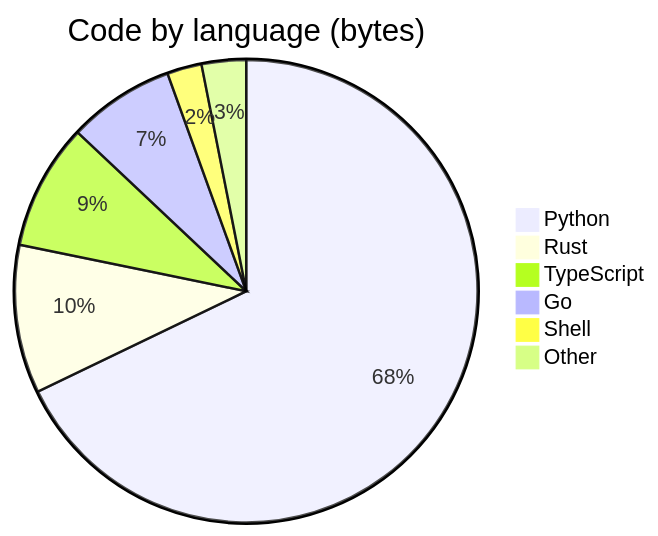
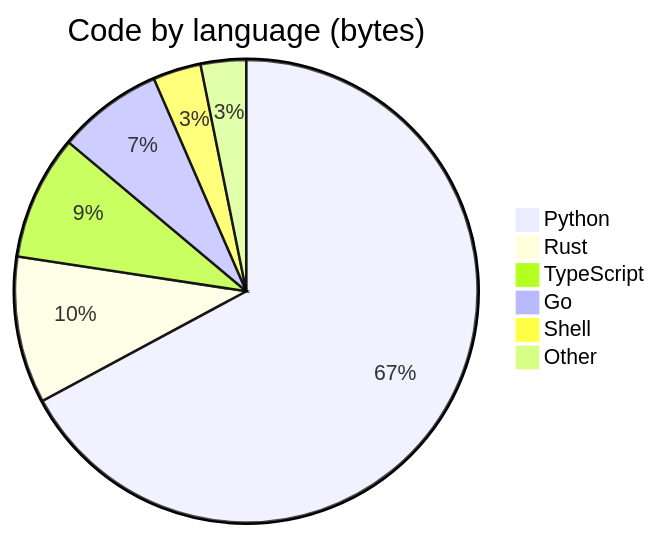
One commit to adeoluo/adeoluo changed the third of 3 diagrams in README.md. Above: the diagram before and after it, drawn with Mermaid. The commit also changed other lines of this file, not shown here.

````diff
--- a/README.md
+++ b/README.md
@@ -316,10 +316,10 @@
 ```mermaid
 pie
   title Code by language (bytes)
   "Python" : 2641487
   "Rust" : 403583
   "TypeScript" : 342399
   "Go" : 290056
-  "Shell" : 94256
-  "Other" : 120720
+  "Shell" : 131804
+  "Other" : 124716
 ```
````
